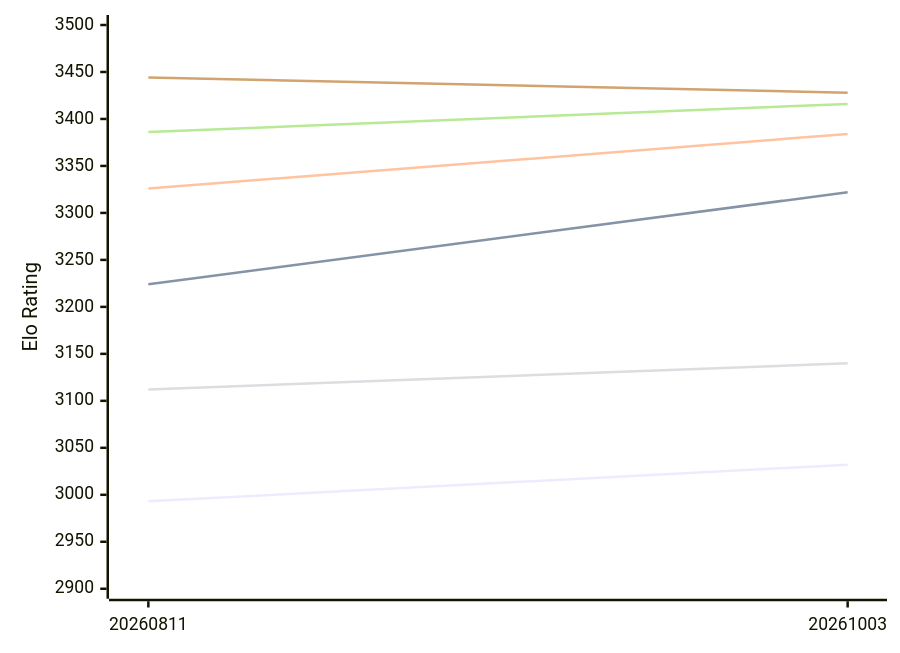
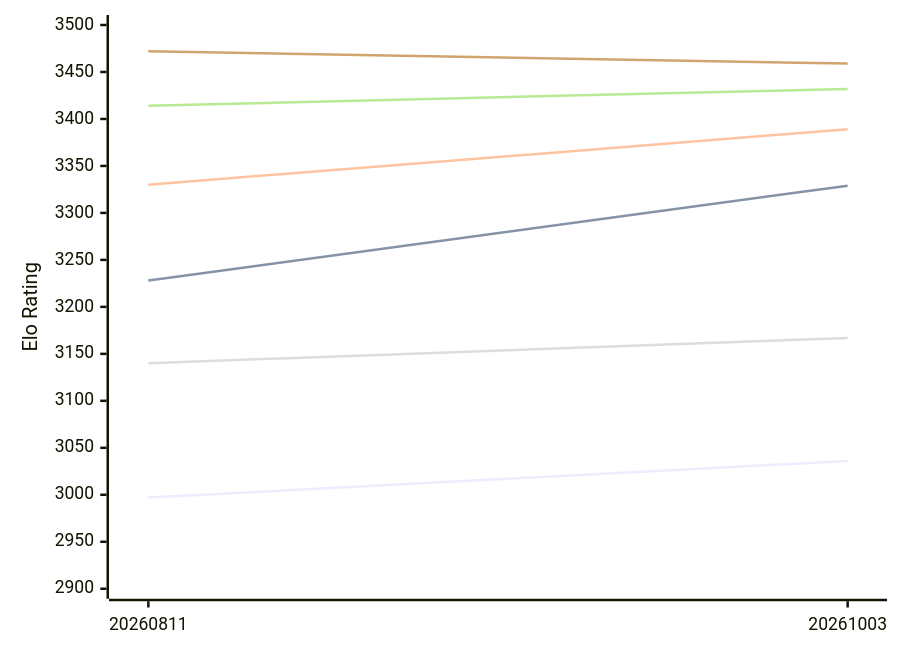
Before and after one commit to computer-chess-index/cci: the first of 2 diagrams in engines/Askaig.md, drawn with Mermaid. The commit also changed other lines of this file, not shown here.

Commit message:
Update CCI Ratings (ELO VLTC) - 2026-10-21

````diff
--- a/engines/Askaig.md
+++ b/engines/Askaig.md
@@ -52,12 +52,12 @@
 ```mermaid
 %%{init: {"theme":"base","themeVariables":{"seriesColors:['#a3a3a3','#222221','#faa371']}}}%%
 xychart-beta
   x-axis ["20260811", "20261003"]
   y-axis "Elo Rating" 2900 --> 3500
-  line "E1: STC (8.0+0.08s)" [2993, 3032]
-  line "E1: LTC (60.0+0.60s)" [3224, 3322]
-  line "E1: VLTC (2m24s+1.12s)" [3326, 3384]
-  line "P1: STC (8.0+0.08s)" [3112, 3140]
-  line "P1: LTC (60.0+0.60s)" [3386, 3416]
-  line "P1: VLTC (2m24s+1.12s)" [3444, 3428]
+  line "E1: STC (8.0+0.08s)" [2997, 3036]
+  line "E1: LTC (60.0+0.60s)" [3228, 3329]
+  line "E1: VLTC (2m24s+1.12s)" [3330, 3389]
+  line "P1: STC (8.0+0.08s)" [3140, 3167]
+  line "P1: LTC (60.0+0.60s)" [3414, 3432]
+  line "P1: VLTC (2m24s+1.12s)" [3472, 3459]
 ```
````
